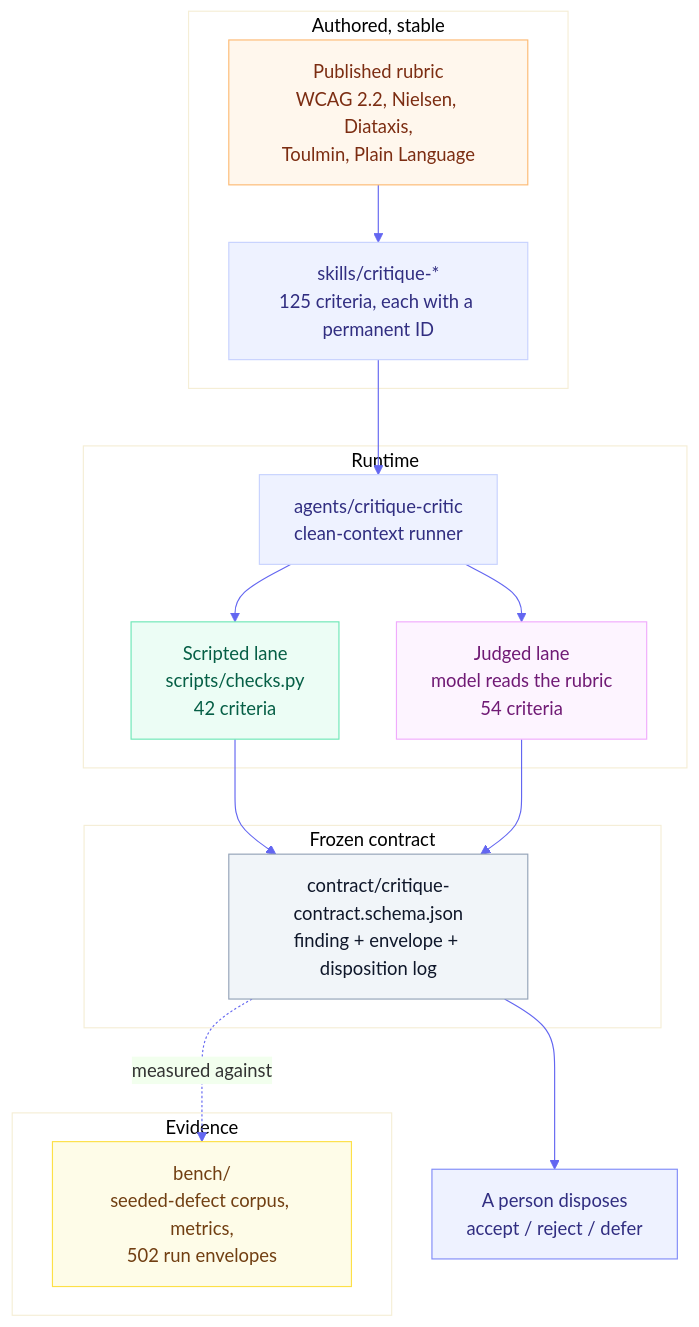
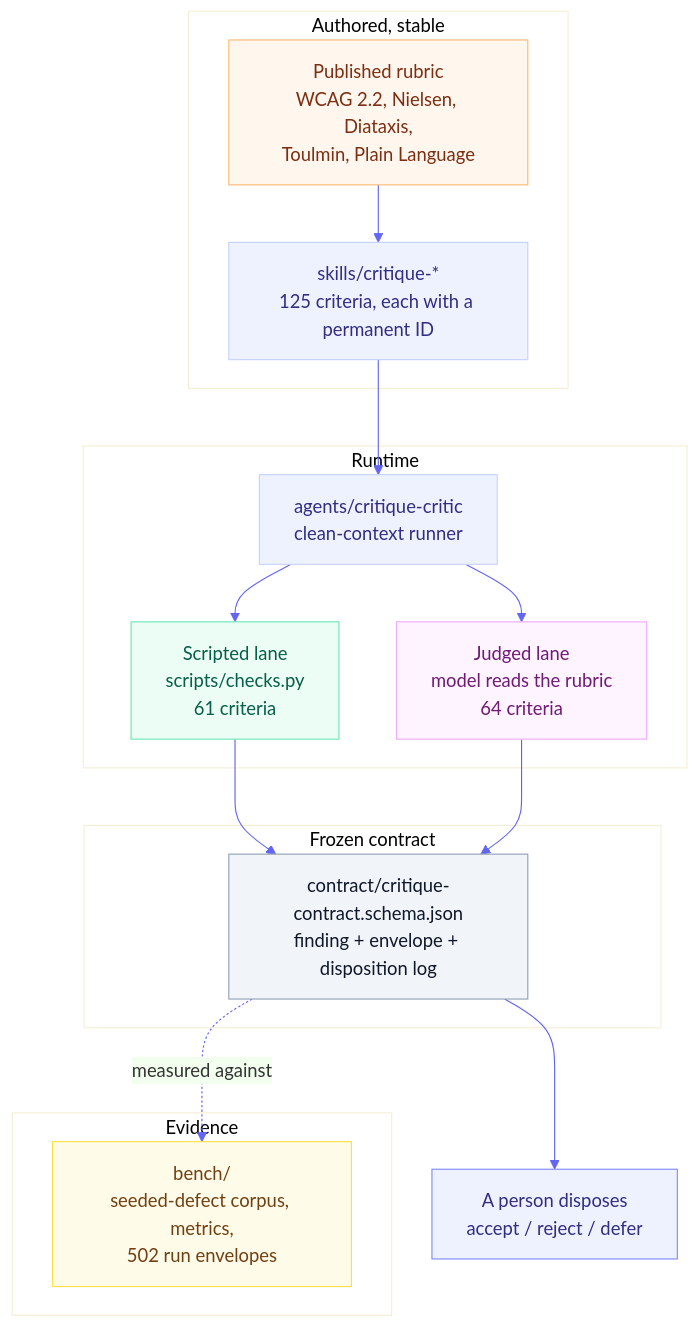
One commit to product-on-purpose/critique-skills changed the diagram in docs/explanation/architecture.md. Above: the diagram before and after it, drawn with Mermaid. The commit also changed other lines of this file and 39 other files, not shown here.

````diff
--- a/docs/explanation/architecture.md
+++ b/docs/explanation/architecture.md
@@ -24,36 +24,36 @@
 ```mermaid
 %%{init: {'theme':'base','themeVariables':{'primaryColor':'#eef2ff','primaryBorderColor':'#c7d2fe','lineColor':'#6366f1','fontFamily':'system-ui, sans-serif'}}}%%
 flowchart TD
   subgraph authored["Authored, stable"]
     rubric["Published rubric<br/>WCAG 2.2, Nielsen, Diataxis,<br/>Toulmin, Plain Language"]:::src
     skill["skills/critique-*<br/>125 criteria, each with a permanent ID"]:::comp
   end
   subgraph runtime["Runtime"]
     critic["agents/critique-critic<br/>clean-context runner"]:::comp
-    scripted["Scripted lane<br/>scripts/checks.py<br/>42 criteria"]:::det
-    judged["Judged lane<br/>model reads the rubric<br/>54 criteria"]:::mod
+    scripted["Scripted lane<br/>scripts/checks.py<br/>61 criteria"]:::det
+    judged["Judged lane<br/>model reads the rubric<br/>64 criteria"]:::mod
   end
   subgraph frozen["Frozen contract"]
     schema["contract/critique-contract.schema.json<br/>finding + envelope + disposition log"]:::contract
   end
   subgraph evidence["Evidence"]
     bench["bench/<br/>seeded-defect corpus, metrics,<br/>502 run envelopes"]:::ev
   end
 
   rubric --> skill
   skill --> critic
   critic --> scripted
   critic --> judged
   scripted --> schema
   judged --> schema
   schema --> human["A person disposes<br/>accept / reject / defer"]:::out
   schema -.measured against.-> bench
 
   classDef src fill:#fff7ed,stroke:#fdba74,color:#7c2d12
   classDef comp fill:#eef2ff,stroke:#c7d2fe,color:#312e81
   classDef det fill:#ecfdf5,stroke:#6ee7b7,color:#065f46
   classDef mod fill:#fdf4ff,stroke:#f0abfc,color:#701a75
   classDef contract fill:#f1f5f9,stroke:#94a3b8,color:#0f172a
   classDef ev fill:#fefce8,stroke:#fde047,color:#713f12
   classDef out fill:#eef2ff,stroke:#818cf8,color:#312e81
 ```
````
